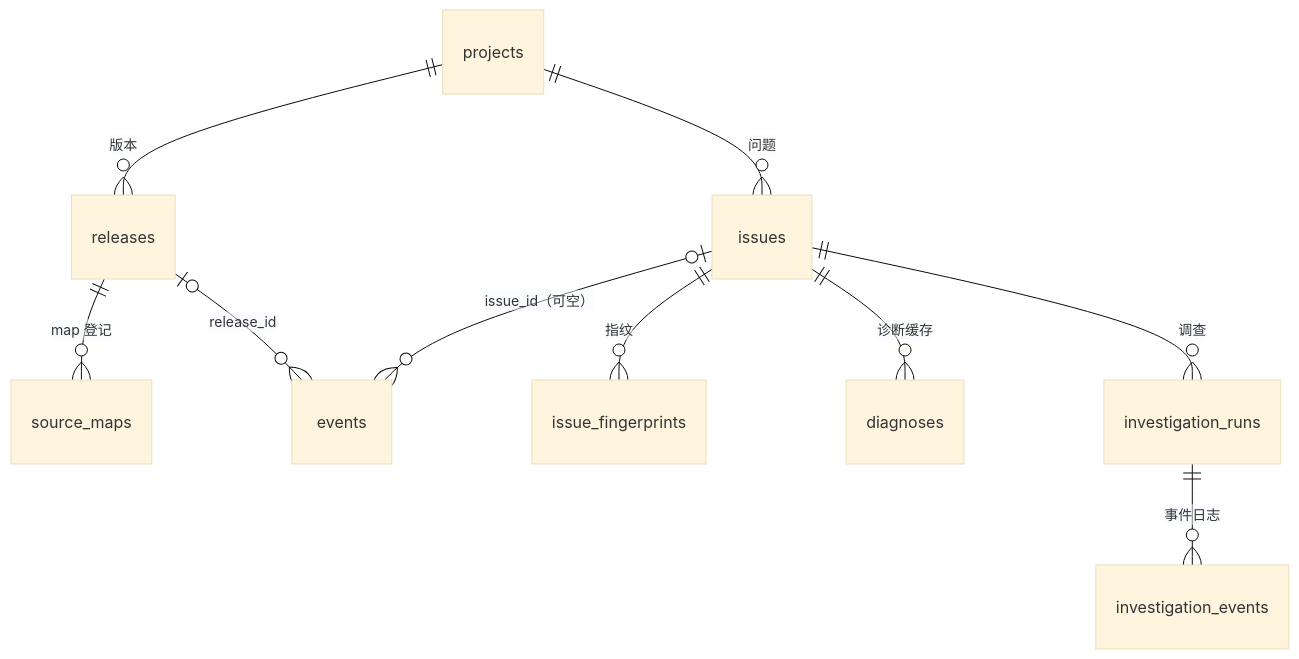
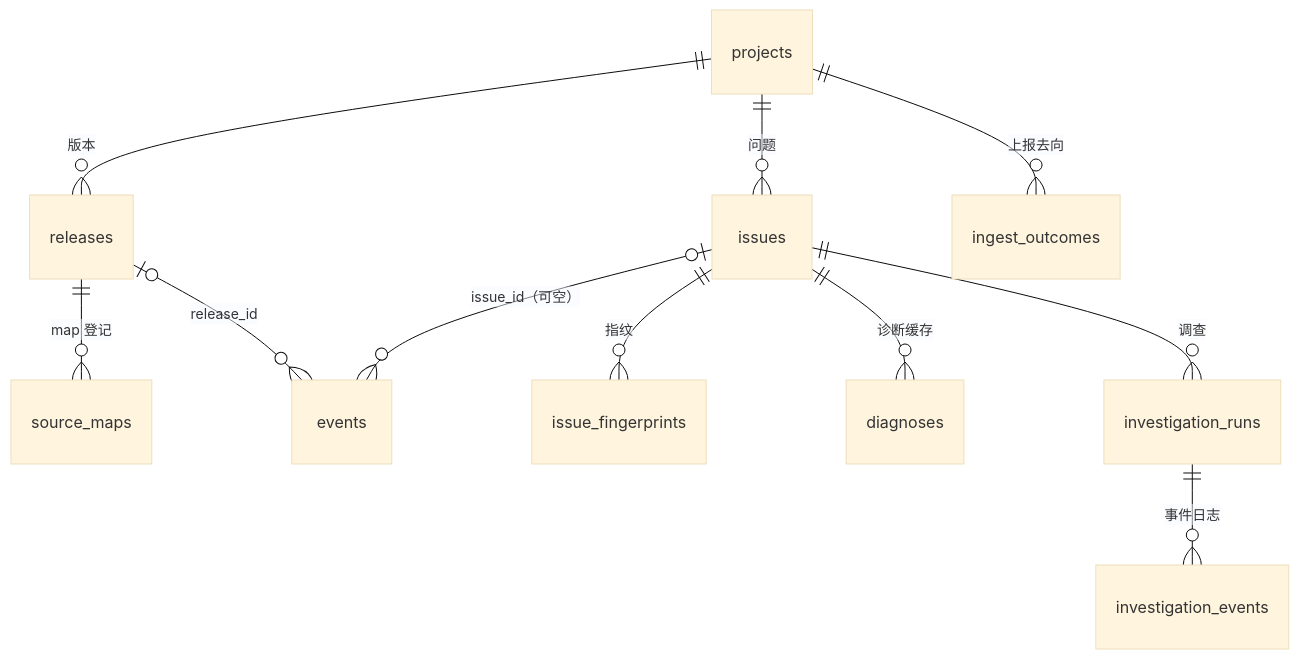
One commit to guiwzh/tracepilot changed the second of 6 diagrams in docs/server.md. Above: the diagram before and after it, drawn with Mermaid (base theme). The commit also changed other lines of this file and 34 other files, not shown here.

````diff
--- a/docs/server.md
+++ b/docs/server.md
@@ -233,12 +240,13 @@
 ```mermaid
 erDiagram
   projects ||--o{ releases : "版本"
   projects ||--o{ issues : "问题"
   releases ||--o{ source_maps : "map 登记"
   releases |o--o{ events : "release_id"
   issues ||--o{ issue_fingerprints : "指纹"
   issues |o--o{ events : "issue_id（可空）"
   issues ||--o{ diagnoses : "诊断缓存"
   issues ||--o{ investigation_runs : "调查"
   investigation_runs ||--o{ investigation_events : "事件日志"
+  projects ||--o{ ingest_outcomes : "上报去向"
 ```
````
